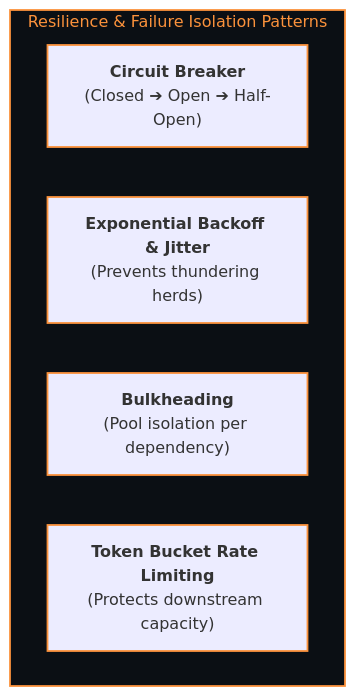
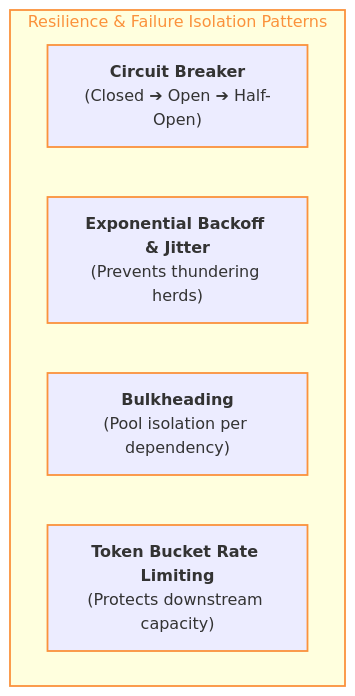
Before and after one commit to abhinavbharti2345/CS_Notes: the diagram in BrainOS/05 - Systems/Scalability & Fault Tolerance.md, drawn with Mermaid. The commit also changed 26 other files, not shown here.

Commit message:
feat: initialize BrainOS knowledge base with foundational curriculum and roadmap notes

````diff
--- a/BrainOS/05 - Systems/Scalability & Fault Tolerance.md
+++ b/BrainOS/05 - Systems/Scalability & Fault Tolerance.md
@@ -36,15 +36,15 @@
 ```mermaid
 flowchart LR
     subgraph RESILIENCE ["Resilience & Failure Isolation Patterns"]
         direction LR
         CB["<b>Circuit Breaker</b><br/>(Closed ➔ Open ➔ Half-Open)"]
         RETRY["<b>Exponential Backoff & Jitter</b><br/>(Prevents thundering herds)"]
         BH["<b>Bulkheading</b><br/>(Pool isolation per dependency)"]
         RL["<b>Token Bucket Rate Limiting</b><br/>(Protects downstream capacity)"]
     end
 
-    style RESILIENCE fill:#0B0F14,stroke:#FB923C,stroke-width:1.8px,color:#FB923C
+    style RESILIENCE stroke:#FB923C,stroke-width:1.8px,color:#FB923C
 
     classDef sysNode stroke:#FB923C,stroke-width:1.8px;
     class CB,RETRY,BH,RL sysNode;
 ```
````
